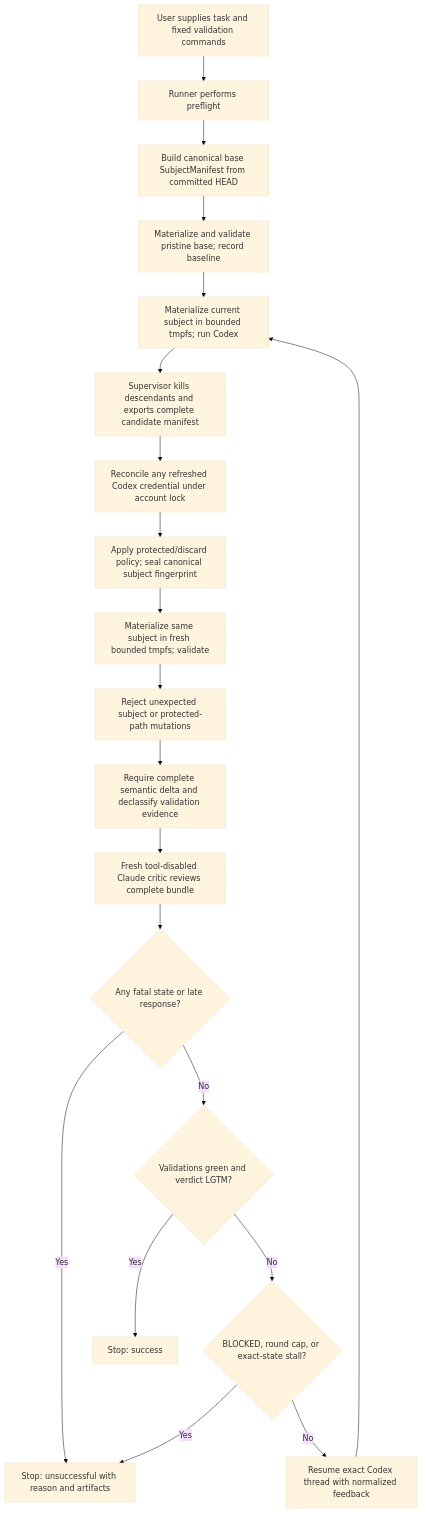
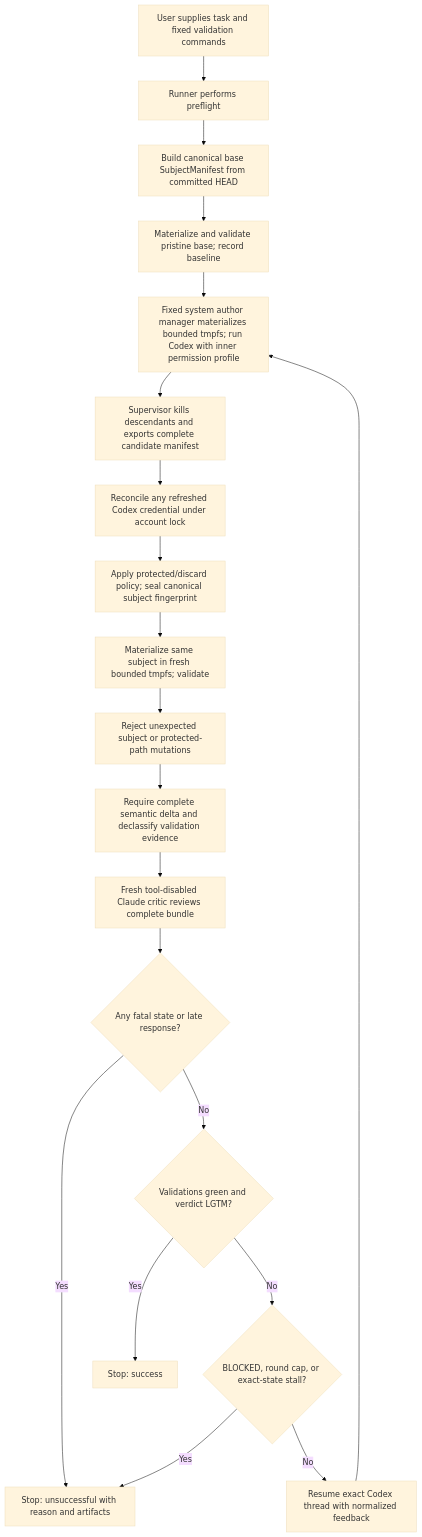
Before and after one commit to buiksat/codex-claude-author-critic-loop: the diagram in PLAN.md, drawn with Mermaid (base theme). The commit also changed other lines of this file and 96 other files, not shown here.

````diff
--- a/PLAN.md
+++ b/PLAN.md
@@ -145,22 +169,22 @@
 ```mermaid
 flowchart TD
     U[User supplies task and fixed validation commands] --> P[Runner performs preflight]
     P --> H[Build canonical base SubjectManifest from committed HEAD]
     H --> B[Materialize and validate pristine base; record baseline]
-    B --> A[Materialize current subject in bounded tmpfs; run Codex]
+    B --> A[Fixed system author manager materializes bounded tmpfs; run Codex with inner permission profile]
     A --> K[Supervisor kills descendants and exports complete candidate manifest]
     K --> T[Reconcile any refreshed Codex credential under account lock]
     T --> F[Apply protected/discard policy; seal canonical subject fingerprint]
     F --> V[Materialize same subject in fresh bounded tmpfs; validate]
     V --> M[Reject unexpected subject or protected-path mutations]
     M --> E[Require complete semantic delta and declassify validation evidence]
     E --> C[Fresh tool-disabled Claude critic reviews complete bundle]
     C --> Q{Any fatal state or late response?}
     Q -- Yes --> X[Stop: unsuccessful with reason and artifacts]
     Q -- No --> D{Validations green and verdict LGTM?}
     D -- Yes --> S[Stop: success]
     D -- No --> G{BLOCKED, round cap, or exact-state stall?}
     G -- Yes --> X
     G -- No --> R[Resume exact Codex thread with normalized feedback]
     R --> A
 ```
````
